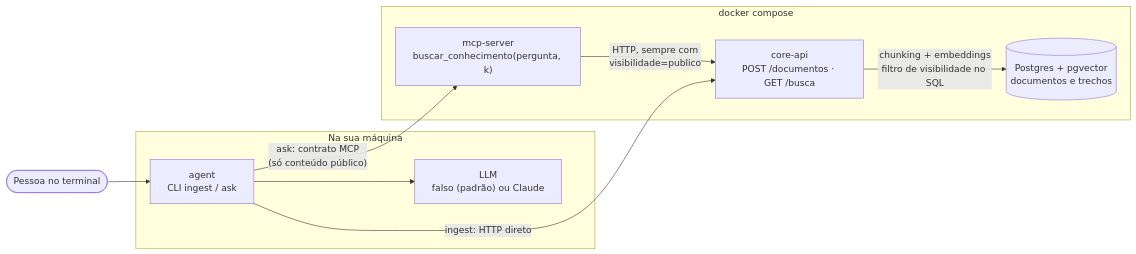
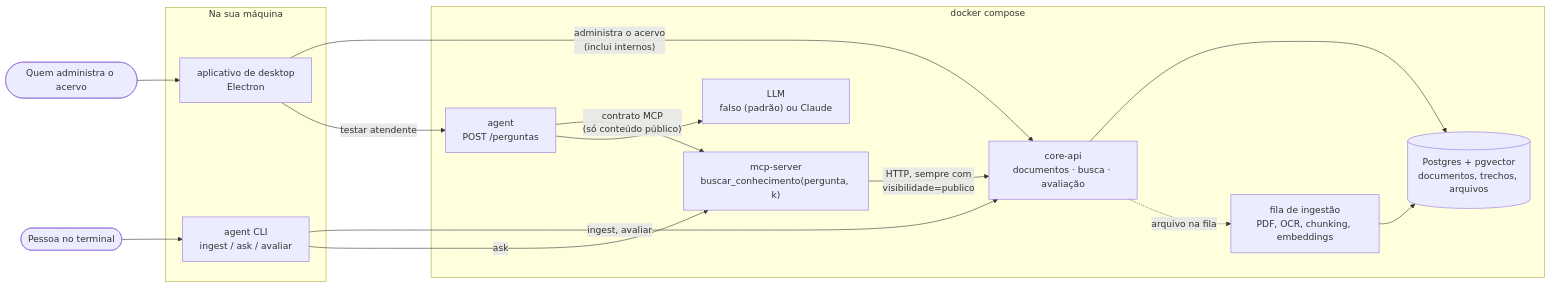
One commit to henriqueluza/atende-ai changed the diagram in README.md. Above: the diagram before and after it, drawn with Mermaid. The commit also changed other lines of this file and 42 other files, not shown here.

First line of the commit message:
feat(desktop): aplicativo de desktop para quem administra o acervo

````diff
--- a/README.md
+++ b/README.md
@@ -104,22 +118,32 @@
 ```mermaid
 flowchart LR
+    dono([Quem administra o acervo])
     pessoa([Pessoa no terminal])
 
     subgraph maquina["Na sua máquina"]
-        cli["agent<br/>CLI ingest / ask"]
-        llm["LLM<br/>falso (padrão) ou Claude"]
+        app["aplicativo de desktop<br/>Electron"]
+        cli["agent CLI<br/>ingest / ask / avaliar"]
     end
 
     subgraph docker["docker compose"]
+        agente["agent<br/>POST /perguntas"]
+        llm["LLM<br/>falso (padrão) ou Claude"]
         mcp["mcp-server<br/>buscar_conhecimento(pergunta, k)"]
-        core["core-api<br/>POST /documentos · GET /busca"]
-        db[("Postgres + pgvector<br/>documentos e trechos")]
+        core["core-api<br/>documentos · busca · avaliação"]
+        fila["fila de ingestão<br/>PDF, OCR, chunking, embeddings"]
+        db[("Postgres + pgvector<br/>documentos, trechos, arquivos")]
     end
 
+    dono --> app
     pessoa --> cli
-    cli -- "ask: contrato MCP<br/>(só conteúdo público)" --> mcp
+    app -- "administra o acervo<br/>(inclui internos)" --> core
+    app -- "testar atendente" --> agente
+    cli -- "ingest, avaliar" --> core
+    cli -- "ask" --> mcp
+    agente -- "contrato MCP<br/>(só conteúdo público)" --> mcp
+    agente --> llm
     mcp -- "HTTP, sempre com<br/>visibilidade=publico" --> core
-    cli -- "ingest: HTTP direto" --> core
-    core -- "chunking + embeddings<br/>filtro de visibilidade no SQL" --> db
-    cli --> llm
+    core --> db
+    core -. "arquivo na fila" .-> fila
+    fila --> db
 ```
````
